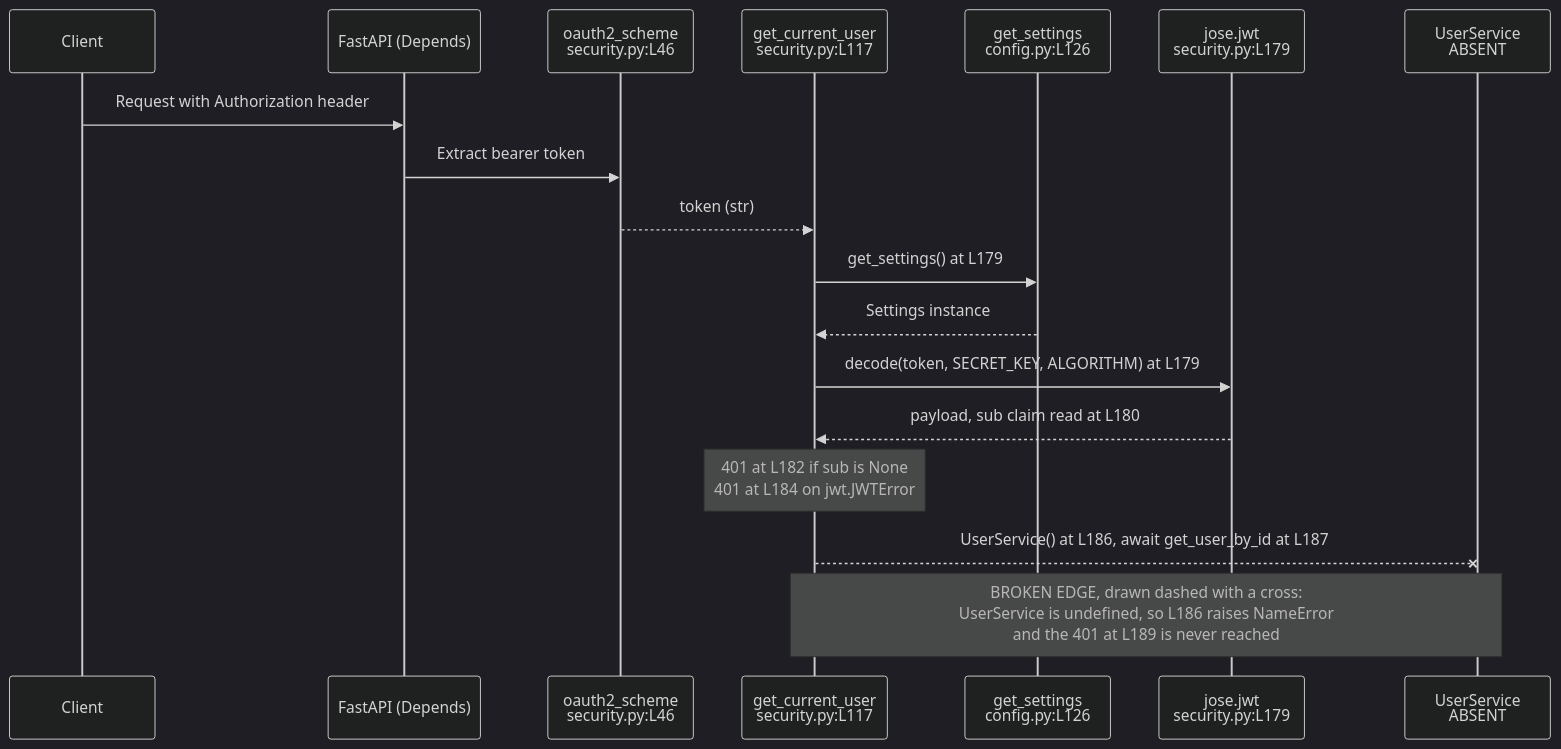
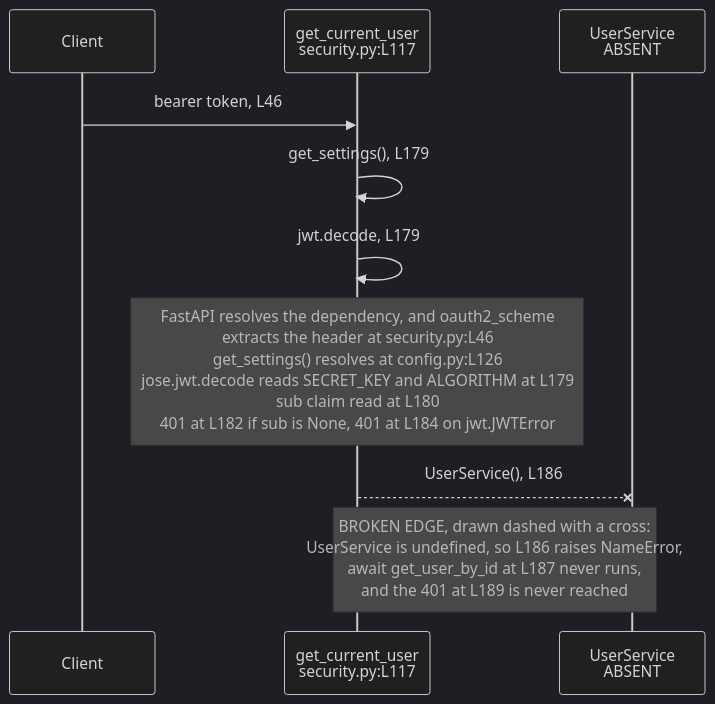
Before and after one commit to blitzy-public-samples/microsoft-word-u33ko0: the diagram in backend/app/core/README.md, drawn with Mermaid (dark theme). The commit also changed 20 other files, not shown here.

First line of the commit message:
﻿docs: resolve QA findings on Mermaid legibility, label integrity and accessibility

````diff
--- a/backend/app/core/README.md
+++ b/backend/app/core/README.md
@@ -179,21 +179,15 @@
 ```mermaid
 sequenceDiagram
-    participant Client
-    participant FastAPI as FastAPI (Depends)
-    participant Scheme as oauth2_scheme<br/>security.py:L46
+    accTitle: The dependency chain from the bearer scheme to the absent UserService
+    accDescr: A request carries a bearer token into get_current_user, which reads settings, decodes the token and then constructs UserService. UserService is undefined, so the chain raises NameError before it can return a user or reach its 401.
+    participant C as Client
     participant GCU as get_current_user<br/>security.py:L117
-    participant Cfg as get_settings<br/>config.py:L126
-    participant JWT as jose.jwt<br/>security.py:L179
     participant US as UserService<br/>ABSENT
 
-    Client->>FastAPI: Request with Authorization header
-    FastAPI->>Scheme: Extract bearer token
-    Scheme-->>GCU: token (str)
-    GCU->>Cfg: get_settings() at L179
-    Cfg-->>GCU: Settings instance
-    GCU->>JWT: decode(token, SECRET_KEY, ALGORITHM) at L179
-    JWT-->>GCU: payload, sub claim read at L180
-    Note over GCU: 401 at L182 if sub is None<br/>401 at L184 on jwt.JWTError
-    GCU--xUS: UserService() at L186, await get_user_by_id at L187
-    Note over GCU,US: BROKEN EDGE, drawn dashed with a cross:<br/>UserService is undefined, so L186 raises NameError<br/>and the 401 at L189 is never reached
+    C->>GCU: bearer token, L46
+    GCU->>GCU: get_settings(), L179
+    GCU->>GCU: jwt.decode, L179
+    Note over GCU: FastAPI resolves the dependency, and oauth2_scheme<br/>extracts the header at security.py:L46<br/>get_settings() resolves at config.py:L126<br/>jose.jwt.decode reads SECRET_KEY and ALGORITHM at L179<br/>sub claim read at L180<br/>401 at L182 if sub is None, 401 at L184 on jwt.JWTError
+    GCU--xUS: UserService(), L186
+    Note over GCU,US: BROKEN EDGE, drawn dashed with a cross:<br/>UserService is undefined, so L186 raises NameError,<br/>await get_user_by_id at L187 never runs,<br/>and the 401 at L189 is never reached
 ```
````
